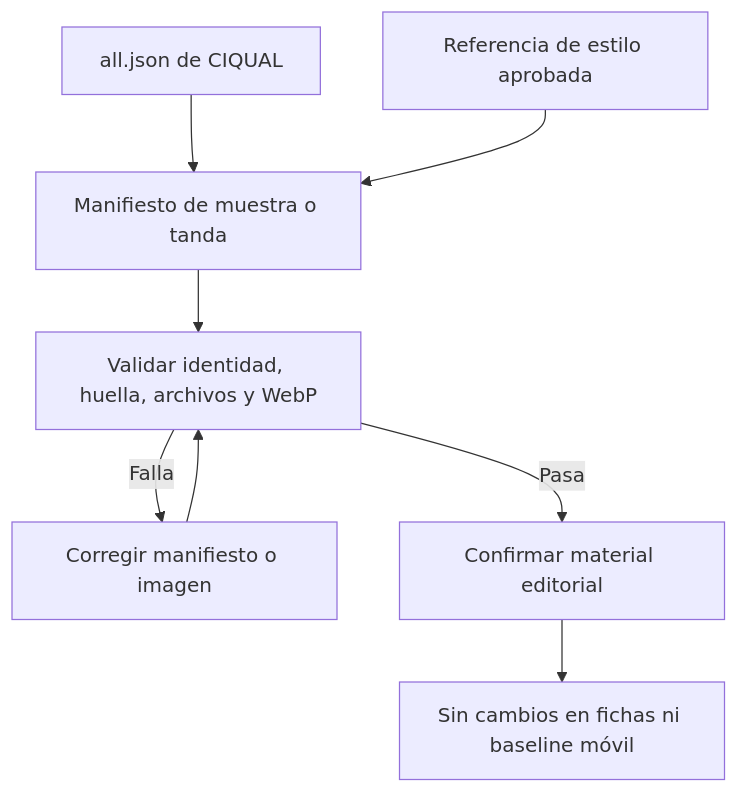
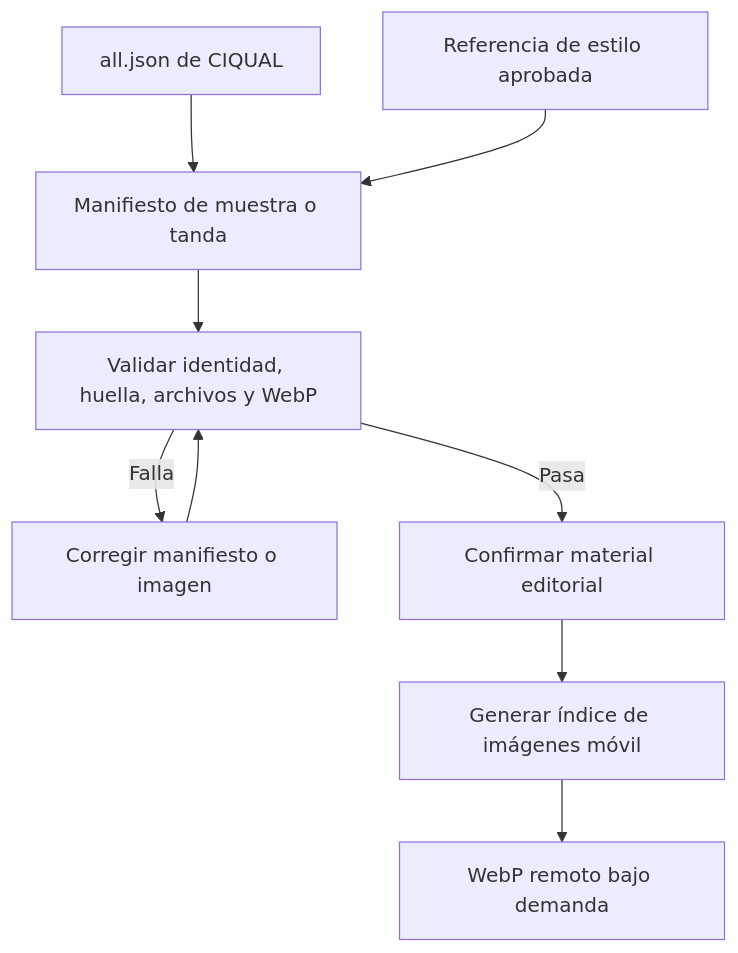
One commit to maximofn/gymnasia changed the second of 3 diagrams in openwiki/content/repositories.md. Above: the diagram before and after it, drawn with Mermaid. The commit also changed other lines of this file and 16 other files, not shown here.

````diff
--- a/openwiki/content/repositories.md
+++ b/openwiki/content/repositories.md
@@ -136,10 +132,11 @@
 ```mermaid
 flowchart TD
     Source["all.json de CIQUAL"] --> Manifest["Manifiesto de muestra o tanda"]
     Reference["Referencia de estilo aprobada"] --> Manifest
     Manifest --> Validate["Validar identidad, huella, archivos y WebP"]
     Validate -->|"Falla"| Fix["Corregir manifiesto o imagen"]
     Fix --> Validate
     Validate -->|"Pasa"| Editorial["Confirmar material editorial"]
-    Editorial --> Separate["Sin cambios en fichas ni baseline móvil"]
+    Editorial --> Index["Generar índice de imágenes móvil"]
+    Index --> Remote["WebP remoto bajo demanda"]
 ```
````
